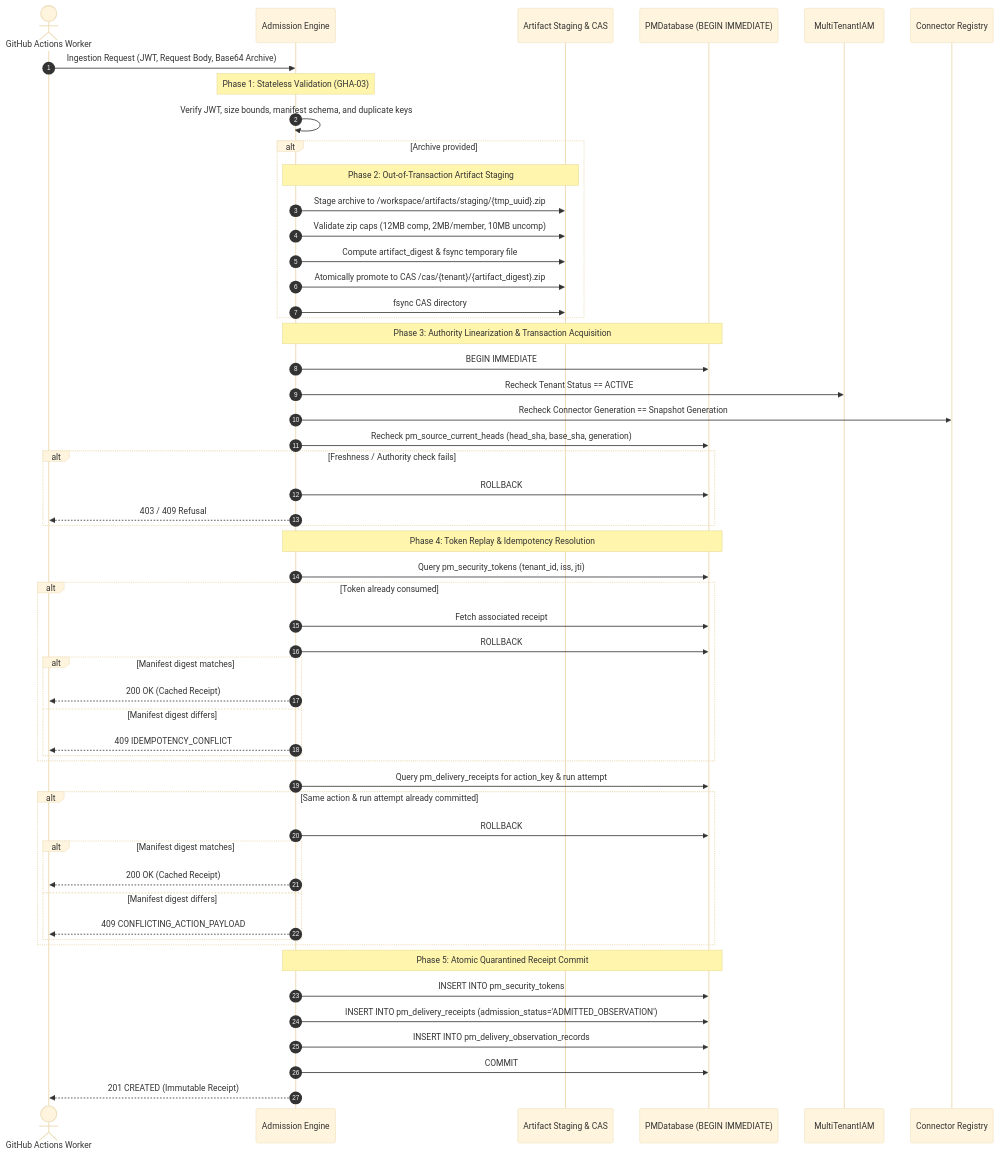
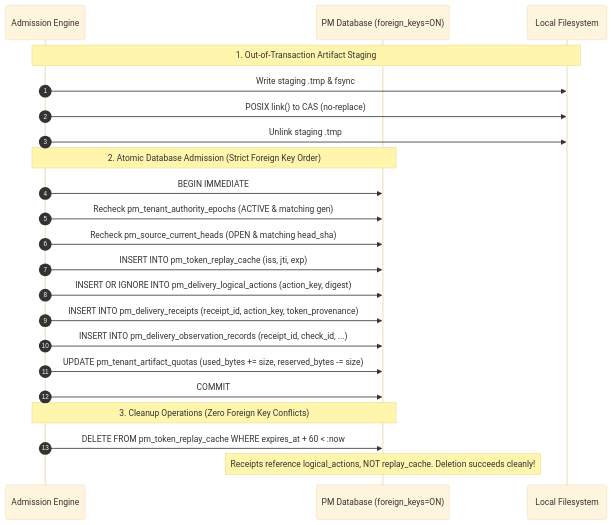
Before and after one commit to mphoMas/Acinonyx: the second of 3 diagrams in projects/scrum-board-automation/planning/ANTIGRAVITY_GHA_04_DESIGN_SPEC.md, drawn with Mermaid (base theme). The commit also changed other lines of this file and 1 other file, not shown here.

Commit message:
docs(design): resolve relational, authority, lookup, and durability contradictions (rework 2)

````diff
--- a/projects/scrum-board-automation/planning/ANTIGRAVITY_GHA_04_DESIGN_SPEC.md
+++ b/projects/scrum-board-automation/planning/ANTIGRAVITY_GHA_04_DESIGN_SPEC.md
@@ -361,62 +362,27 @@
 ```mermaid
 sequenceDiagram
     autonumber
-    actor Worker as GitHub Actions Worker
     participant GW as Admission Engine
-    participant FS as Artifact Staging & CAS
-    participant DB as PMDatabase (BEGIN IMMEDIATE)
-    participant IAM as MultiTenantIAM
-    participant REG as Connector Registry
+    participant DB as PM Database (foreign_keys=ON)
+    participant FS as Local Filesystem
 
-    Worker->>GW: Ingestion Request (JWT, Request Body, Base64 Archive)
-    Note over GW: Phase 1: Stateless Validation (GHA-03)
-    GW->>GW: Verify JWT, size bounds, manifest schema, and duplicate keys
-    
-    alt Archive provided
-        Note over GW,FS: Phase 2: Out-of-Transaction Artifact Staging
-        GW->>FS: Stage archive to /workspace/artifacts/staging/{tmp_uuid}.zip
-        GW->>FS: Validate zip caps (12MB comp, 2MB/member, 10MB uncomp)
-        GW->>FS: Compute artifact_digest & fsync temporary file
-        GW->>FS: Atomically promote to CAS /cas/{tenant}/{artifact_digest}.zip
-        GW->>FS: fsync CAS directory
-    end
+    Note over GW,FS: 1. Out-of-Transaction Artifact Staging
+    GW->>FS: Write staging .tmp & fsync
+    GW->>FS: POSIX link() to CAS (no-replace)
+    GW->>FS: Unlink staging .tmp
 
-    Note over GW,DB: Phase 3: Authority Linearization & Transaction Acquisition
+    Note over GW,DB: 2. Atomic Database Admission (Strict Foreign Key Order)
     GW->>DB: BEGIN IMMEDIATE
-    GW->>IAM: Recheck Tenant Status == ACTIVE
-    GW->>REG: Recheck Connector Generation == Snapshot Generation
-    GW->>DB: Recheck pm_source_current_heads (head_sha, base_sha, generation)
-    alt Freshness / Authority check fails
-        GW->>DB: ROLLBACK
-        GW-->>Worker: 403 / 409 Refusal
-    end
+    GW->>DB: Recheck pm_tenant_authority_epochs (ACTIVE & matching gen)
+    GW->>DB: Recheck pm_source_current_heads (OPEN & matching head_sha)
+    GW->>DB: INSERT INTO pm_token_replay_cache (iss, jti, exp)
+    GW->>DB: INSERT OR IGNORE INTO pm_delivery_logical_actions (action_key, digest)
+    GW->>DB: INSERT INTO pm_delivery_receipts (receipt_id, action_key, token_provenance)
+    GW->>DB: INSERT INTO pm_delivery_observation_records (receipt_id, check_id, ...)
+    GW->>DB: UPDATE pm_tenant_artifact_quotas (used_bytes += size, reserved_bytes -= size)
+    GW->>DB: COMMIT
 
-    Note over GW,DB: Phase 4: Token Replay & Idempotency Resolution
-    GW->>DB: Query pm_security_tokens (tenant_id, iss, jti)
-    alt Token already consumed
-        GW->>DB: Fetch associated receipt
-        GW->>DB: ROLLBACK
-        alt Manifest digest matches
-            GW-->>Worker: 200 OK (Cached Receipt)
-        else Manifest digest differs
-            GW-->>Worker: 409 IDEMPOTENCY_CONFLICT
-        end
-    end
-
-    GW->>DB: Query pm_delivery_receipts for action_key & run attempt
-    alt Same action & run attempt already committed
-        GW->>DB: ROLLBACK
-        alt Manifest digest matches
-            GW-->>Worker: 200 OK (Cached Receipt)
-        else Manifest digest differs
-            GW-->>Worker: 409 CONFLICTING_ACTION_PAYLOAD
-        end
-    end
-
-    Note over GW,DB: Phase 5: Atomic Quarantined Receipt Commit
-    GW->>DB: INSERT INTO pm_security_tokens
-    GW->>DB: INSERT INTO pm_delivery_receipts (admission_status='ADMITTED_OBSERVATION')
-    GW->>DB: INSERT INTO pm_delivery_observation_records
-    GW->>DB: COMMIT
-    GW-->>Worker: 201 CREATED (Immutable Receipt)
+    Note over GW,DB: 3. Cleanup Operations (Zero Foreign Key Conflicts)
+    GW->>DB: DELETE FROM pm_token_replay_cache WHERE expires_at + 60 < :now
+    Note over DB: Receipts reference logical_actions, NOT replay_cache. Deletion succeeds cleanly!
 ```
````
